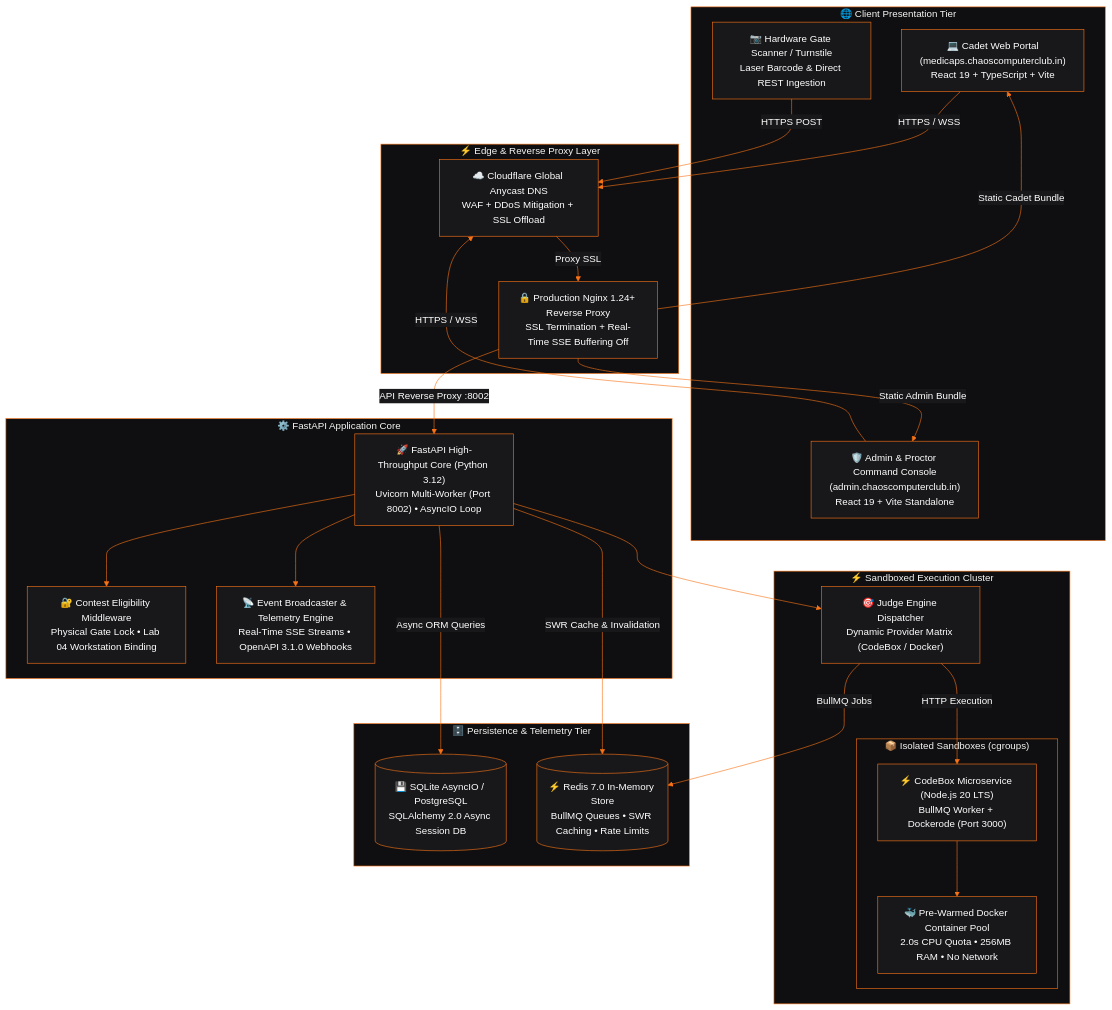
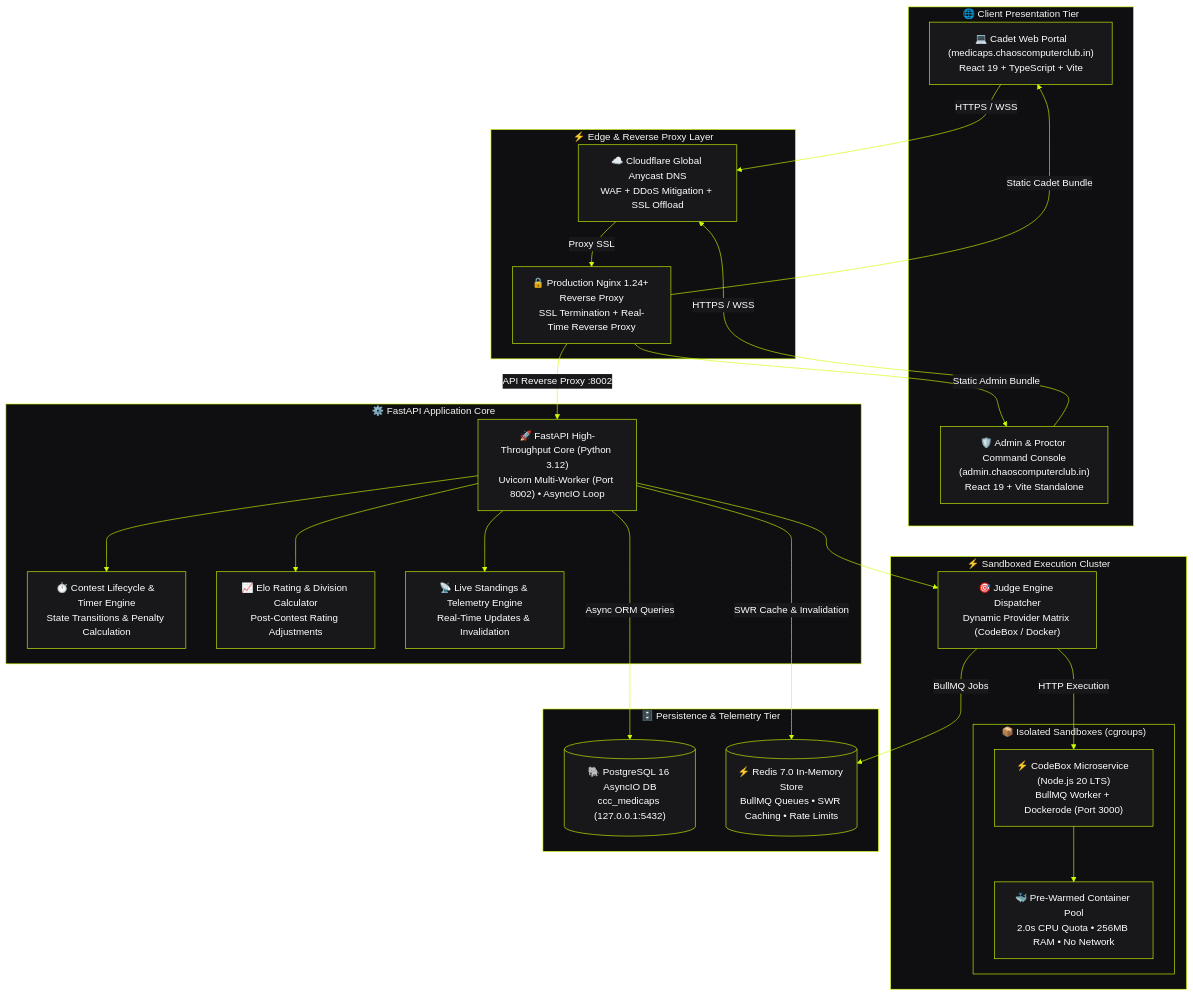
The first of 2 diagrams in README.md (chaoscomputerclub/medicaps.chaoscomputerclub.in), drawn with Mermaid before and after one commit. The commit also changed other lines of this file and 24 other files, not shown here.

Commit message:
feat: redefine TRD, PRD, README and refactor to unified CP contest architecture with hook order fix

````diff
--- a/README.md
+++ b/README.md
@@ -69,66 +71,66 @@
 ```mermaid
 %%{init: {
   'theme': 'base',
   'themeVariables': {
     'primaryColor': '#18181b',
     'primaryTextColor': '#ffffff',
-    'primaryBorderColor': '#f97316',
-    'lineColor': '#f97316',
+    'primaryBorderColor': '#ccff00',
+    'lineColor': '#ccff00',
     'secondaryColor': '#27272a',
     'tertiaryColor': '#09090b',
     'edgeLabelBackground': '#18181b',
     'clusterBkg': '#0f0f11',
-    'clusterBorder': '#f97316'
+    'clusterBorder': '#ccff00'
   }
 }}%%
 flowchart TB
     subgraph Client_Tier ["🌐 Client Presentation Tier"]
         CadetPortal["💻 Cadet Web Portal\n(medicaps.chaoscomputerclub.in)\nReact 19 + TypeScript + Vite"]
         AdminConsole["🛡️ Admin & Proctor Command Console\n(admin.chaoscomputerclub.in)\nReact 19 + Vite Standalone"]
-        TurnstileScanner["📷 Hardware Gate Scanner / Turnstile\nLaser Barcode & Direct REST Ingestion"]
     end
 
     subgraph Edge_Tier ["⚡ Edge & Reverse Proxy Layer"]
         Cloudflare["☁️ Cloudflare Global Anycast DNS\nWAF + DDoS Mitigation + SSL Offload"]
-        Nginx["🔒 Production Nginx 1.24+ Reverse Proxy\nSSL Termination + Real-Time SSE Buffering Off"]
+        Nginx["🔒 Production Nginx 1.24+ Reverse Proxy\nSSL Termination + Real-Time Reverse Proxy"]
     end
 
     subgraph App_Tier ["⚙️ FastAPI Application Core"]
         FastAPICore["🚀 FastAPI High-Throughput Core (Python 3.12)\nUvicorn Multi-Worker (Port 8002) • AsyncIO Loop"]
-        GateMiddleware["🔐 Contest Eligibility Middleware\nPhysical Gate Lock • Lab 04 Workstation Binding"]
-        SSEBroadcaster["📡 Event Broadcaster & Telemetry Engine\nReal-Time SSE Streams • OpenAPI 3.1.0 Webhooks"]
+        ContestEngine["⏱️ Contest Lifecycle & Timer Engine\nState Transitions & Penalty Calculation"]
+        RatingService["📈 Elo Rating & Division Calculator\nPost-Contest Rating Adjustments"]
+        SSEBroadcaster["📡 Live Standings & Telemetry Engine\nReal-Time Updates & Invalidation"]
     end
 
     subgraph Judge_Cluster ["⚡ Sandboxed Execution Cluster"]
         JudgeDispatch["🎯 Judge Engine Dispatcher\nDynamic Provider Matrix (CodeBox / Docker)"]
         subgraph Sandbox_Runtimes ["📦 Isolated Sandboxes (cgroups)"]
             CodeBoxService["⚡ CodeBox Microservice (Node.js 20 LTS)\nBullMQ Worker + Dockerode (Port 3000)"]
-            DockerPool["🐳 Pre-Warmed Docker Container Pool\n2.0s CPU Quota • 256MB RAM • No Network"]
+            DockerPool["🐳 Pre-Warmed Container Pool\n2.0s CPU Quota • 256MB RAM • No Network"]
         end
     end
 
     subgraph Persistence_Tier ["🗄️ Persistence & Telemetry Tier"]
-        Database[("💾 SQLite AsyncIO / PostgreSQL\nSQLAlchemy 2.0 Async Session DB")]
+        Database[("🐘 PostgreSQL 16 AsyncIO DB\nccc_medicaps (127.0.0.1:5432)")]
         RedisCache[("⚡ Redis 7.0 In-Memory Store\nBullMQ Queues • SWR Caching • Rate Limits")]
     end
 
     CadetPortal -->|HTTPS / WSS| Cloudflare
     AdminConsole -->|HTTPS / WSS| Cloudflare
-    TurnstileScanner -->|HTTPS POST| Cloudflare
 
     Cloudflare -->|Proxy SSL| Nginx
     Nginx -->|Static Cadet Bundle| CadetPortal
     Nginx -->|Static Admin Bundle| AdminConsole
     Nginx -->|API Reverse Proxy :8002| FastAPICore
 
-    FastAPICore --> GateMiddleware
+    FastAPICore --> ContestEngine
+    FastAPICore --> RatingService
     FastAPICore --> SSEBroadcaster
     FastAPICore --> JudgeDispatch
 
     JudgeDispatch -->|BullMQ Jobs| RedisCache
     JudgeDispatch -->|HTTP Execution| CodeBoxService
     CodeBoxService --> DockerPool
 
     FastAPICore -->|Async ORM Queries| Database
     FastAPICore -->|SWR Cache & Invalidation| RedisCache
 ```
````
